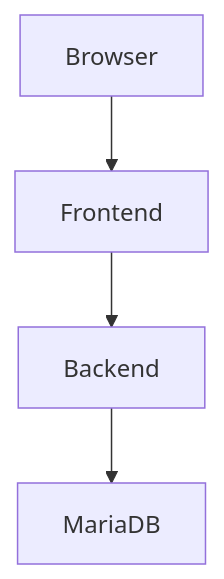
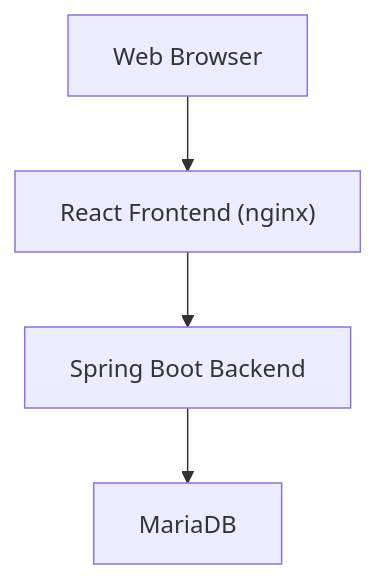
One commit to Jaiti1968/emc-dokumentation changed the first of 6 diagrams in docs/04-architektur.md. Above: the diagram before and after it, drawn with Mermaid. The commit also changed other lines of this file, not shown here.

````diff
--- a/docs/04-architektur.md
+++ b/docs/04-architektur.md
@@ -3,6 +190,11 @@
 ```mermaid
 graph TD
+    Browser["Web Browser"]
+    Frontend["React Frontend (nginx)"]
+    Backend["Spring Boot Backend"]
+    Database["MariaDB"]
+
     Browser --> Frontend
     Frontend --> Backend
-    Backend --> MariaDB
+    Backend --> Database
 ```
````
